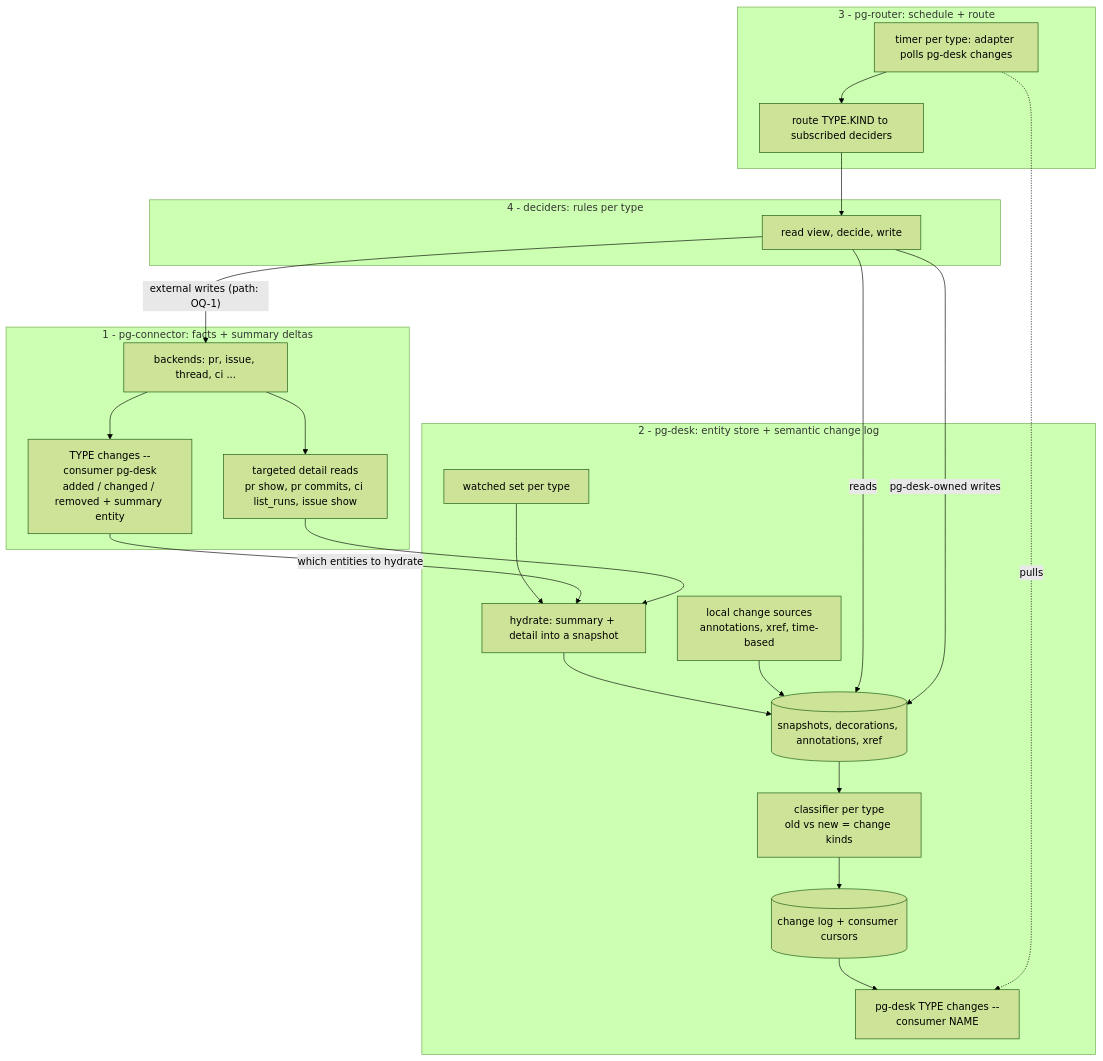
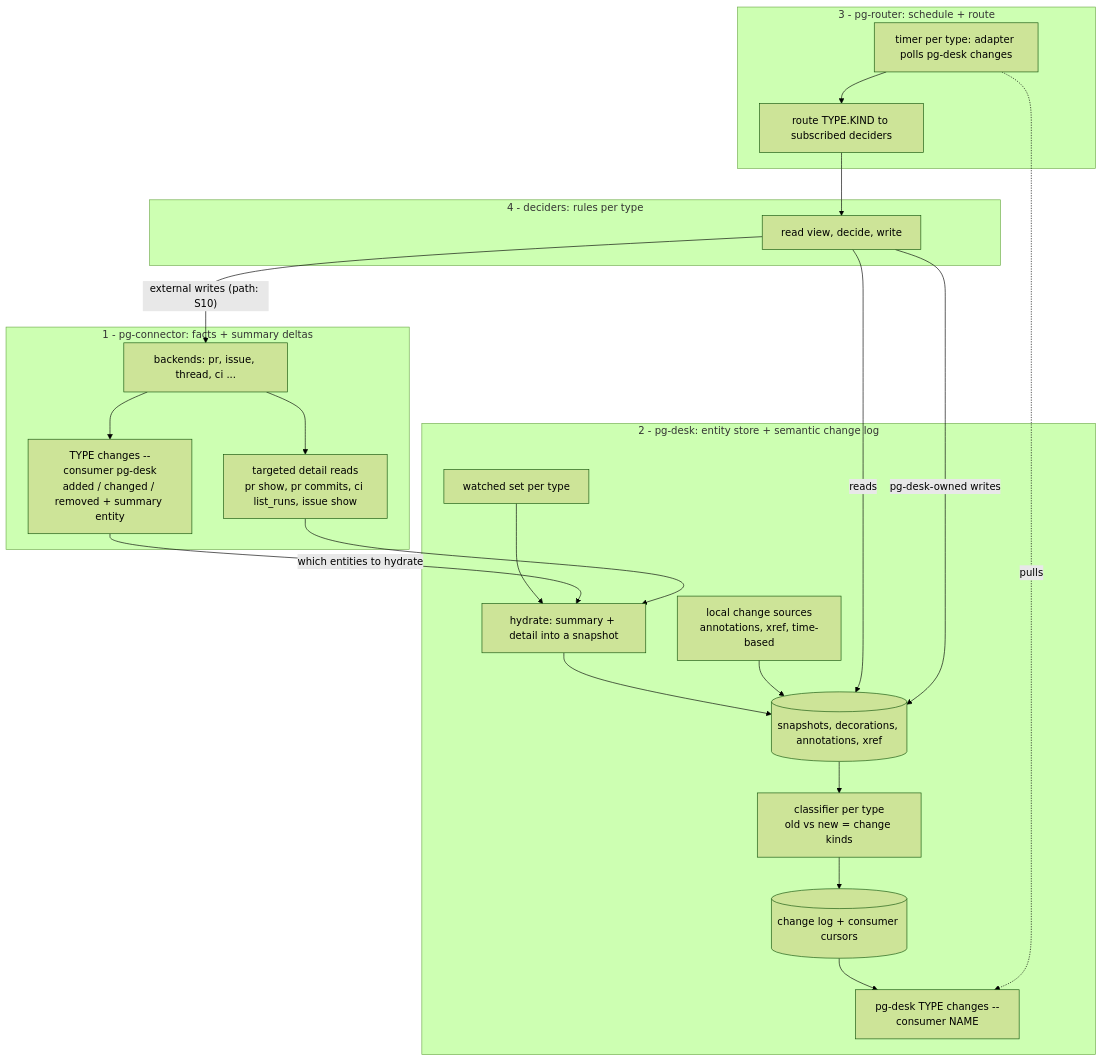
One commit to phillipgreenii/nix-agent-support changed the first of 2 diagrams in docs/superpowers/specs/2026-09-29-entity-change-flow-design.md. Above: the diagram before and after it, drawn with Mermaid (forest theme). The commit also changed other lines of this file, not shown here.

First line of the commit message:
docs: restructure entity change flow design; record OQ decisions

````diff
--- a/docs/superpowers/specs/2026-09-29-entity-change-flow-design.md
+++ b/docs/superpowers/specs/2026-09-29-entity-change-flow-design.md
@@ -67,42 +64,42 @@
 ```mermaid
 flowchart TD
     subgraph L1["1 - pg-connector: facts + summary deltas"]
         BK["backends: pr, issue, thread, ci ..."]
         CH["TYPE changes --consumer pg-desk<br/>added / changed / removed + summary entity"]
         DET["targeted detail reads<br/>pr show, pr commits, ci list_runs, issue show"]
         BK --> CH
         BK --> DET
     end
 
     subgraph L2["2 - pg-desk: entity store + semantic change log"]
         WS["watched set per type"]
         HYD["hydrate: summary + detail into a snapshot"]
         LOC["local change sources<br/>annotations, xref, time-based"]
         STO[("snapshots, decorations, annotations, xref")]
         CLS["classifier per type<br/>old vs new = change kinds"]
         LOG[("change log + consumer cursors")]
         FEED["pg-desk TYPE changes --consumer NAME"]
         WS --> HYD
         HYD --> STO
         LOC --> STO
         STO --> CLS --> LOG --> FEED
     end
 
     subgraph L3["3 - pg-router: schedule + route"]
         POLL["timer per type: adapter polls pg-desk changes"]
         RT["route TYPE.KIND to subscribed deciders"]
         POLL --> RT
     end
 
     subgraph L4["4 - deciders: rules per type"]
         DC["read view, decide, write"]
     end
 
     CH -->|"which entities to hydrate"| HYD
     DET --> HYD
     POLL -.->|"pulls"| FEED
     RT --> DC
     DC -->|"reads"| STO
     DC -->|"pg-desk-owned writes"| STO
-    DC -->|"external writes (path: OQ-1)"| BK
+    DC -->|"external writes (path: S10)"| BK
 ```
````
